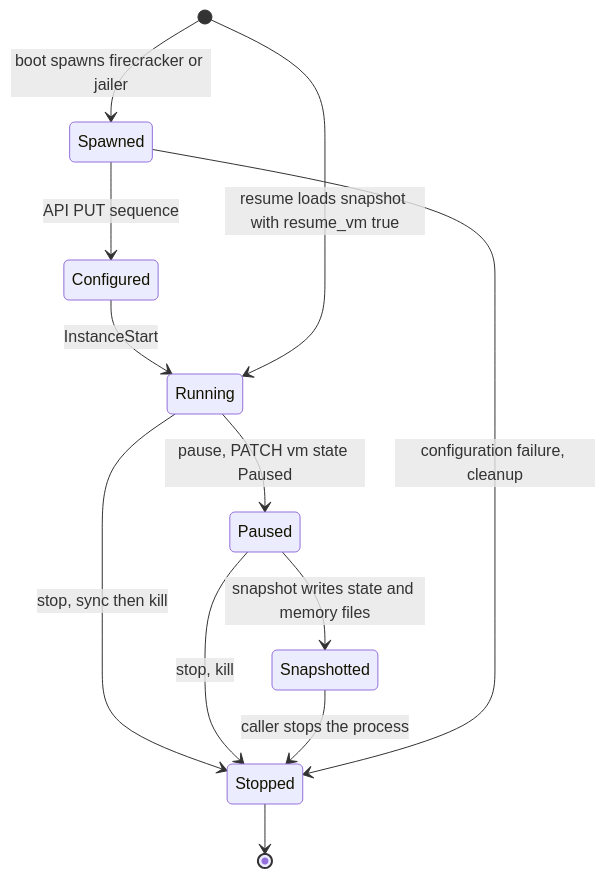
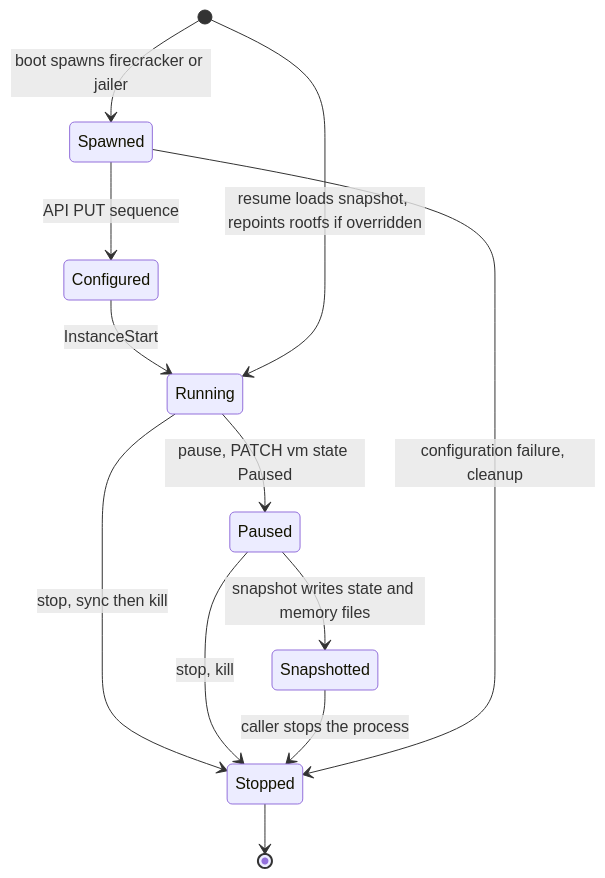
Before and after one commit to SumitKumar-17/sandkiln: the third of 3 diagrams in website/src/content/engineering/13-crate-vmm.md, drawn with Mermaid. The commit also changed other lines of this file and 91 other files, not shown here.

````diff
--- a/website/src/content/engineering/13-crate-vmm.md
+++ b/website/src/content/engineering/13-crate-vmm.md
@@ -185,14 +215,14 @@
 ```mermaid
 stateDiagram-v2
     [*] --> Spawned: boot spawns firecracker or jailer
     Spawned --> Configured: API PUT sequence
     Configured --> Running: InstanceStart
     Running --> Paused: pause, PATCH vm state Paused
     Paused --> Snapshotted: snapshot writes state and memory files
     Running --> Stopped: stop, sync then kill
     Paused --> Stopped: stop, kill
     Snapshotted --> Stopped: caller stops the process
     Stopped --> [*]
-    [*] --> Running: resume loads snapshot with resume_vm true
+    [*] --> Running: resume loads snapshot, repoints rootfs if overridden
     Spawned --> Stopped: configuration failure, cleanup
 ```
````
